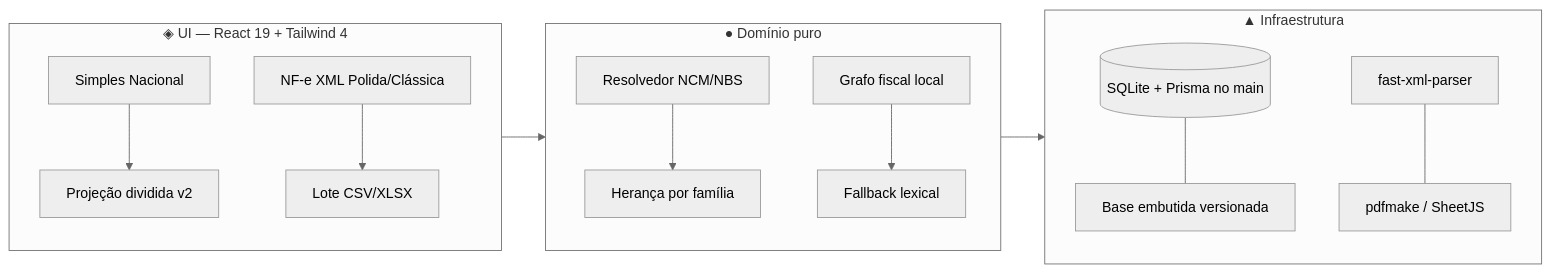
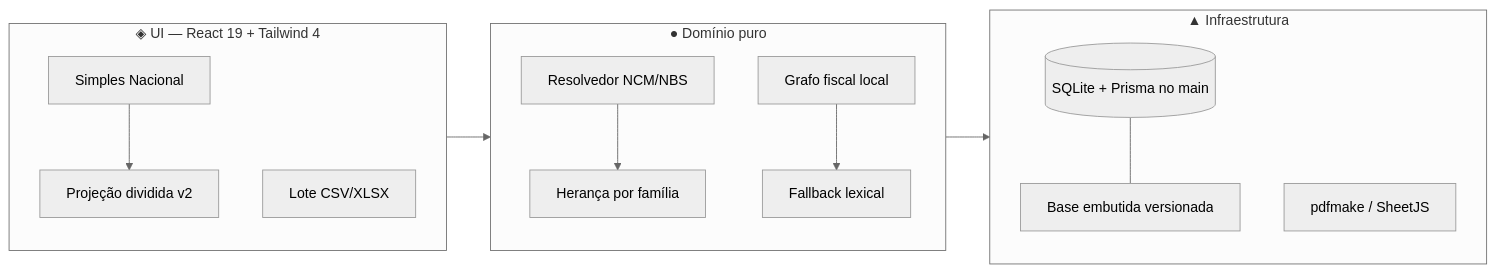
One commit to Davidev29/aurum-tax-ncm changed the diagram in README.md. Above: the diagram before and after it, drawn with Mermaid (neutral theme). The commit also changed other lines of this file and 15 other files, not shown here.

````diff
--- a/README.md
+++ b/README.md
@@ -55,16 +55,16 @@
 ```mermaid
 flowchart LR
     subgraph UI["◈ UI — React 19 + Tailwind 4"]
         S[Simples Nacional] --> P[Projeção dividida v2]
-        N[NF-e XML Polida/Clássica] --> L[Lote CSV/XLSX]
+        L[Lote CSV/XLSX]
     end
     subgraph DOM["● Domínio puro"]
         R[Resolvedor NCM/NBS] --> H[Herança por família]
         G[Grafo fiscal local] --> F[Fallback lexical]
     end
     subgraph INF["▲ Infraestrutura"]
         D[(SQLite + Prisma no main)] --- B[Base embutida versionada]
-        X[fast-xml-parser] --- E[pdfmake / SheetJS]
+        E[pdfmake / SheetJS]
     end
     UI --> DOM --> INF
 ```
````
